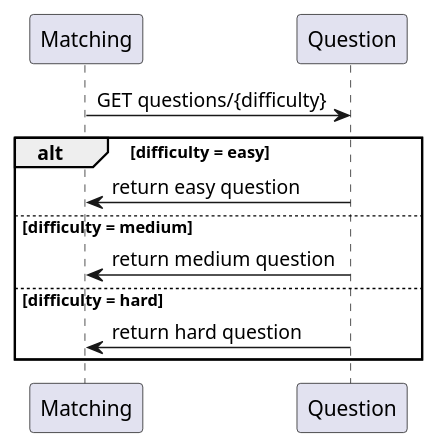
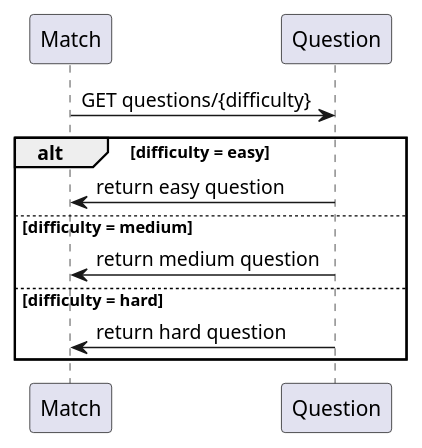
The diagram in docs/sequence-diagrams/question-service.puml (CS3219-AY2223S1/cs3219-project-ay2223s1-g59), drawn with PlantUML before and after one commit. The commit also changed 5 other files, not shown here.

Commit message:
add preliminary diagrams

```diff
--- a/docs/sequence-diagrams/question-service.puml
+++ b/docs/sequence-diagrams/question-service.puml
@@ -1,17 +1,17 @@
 @startuml
-Matching -> Question: GET questions/{difficulty}
+Match -> Question: GET questions/{difficulty}
 
 alt difficulty = easy
 
-    Question -> Matching: return easy question
+    Question -> Match: return easy question
 
 else difficulty = medium
 
-    Question -> Matching: return medium question
+    Question -> Match: return medium question
 
 else difficulty = hard
 
-    Question -> Matching: return hard question
+    Question -> Match: return hard question
 
 end
 @enduml
```
